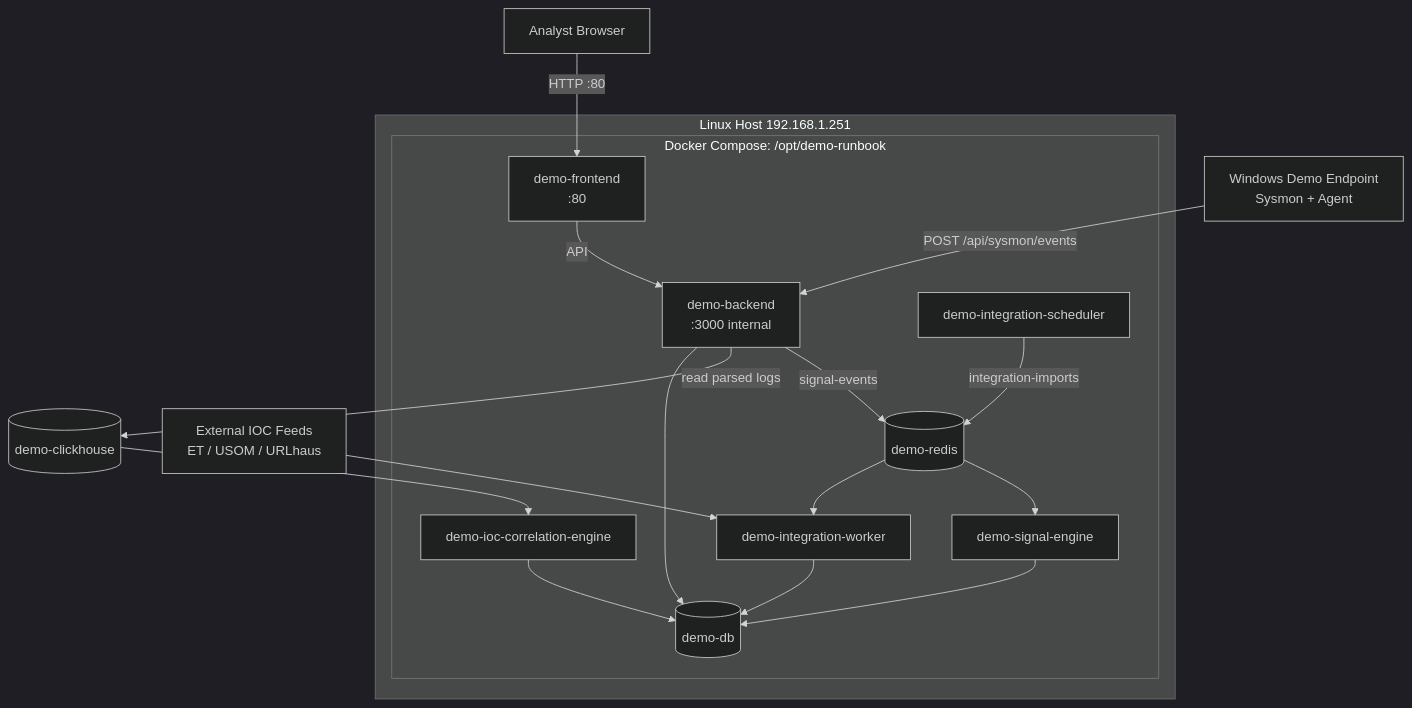
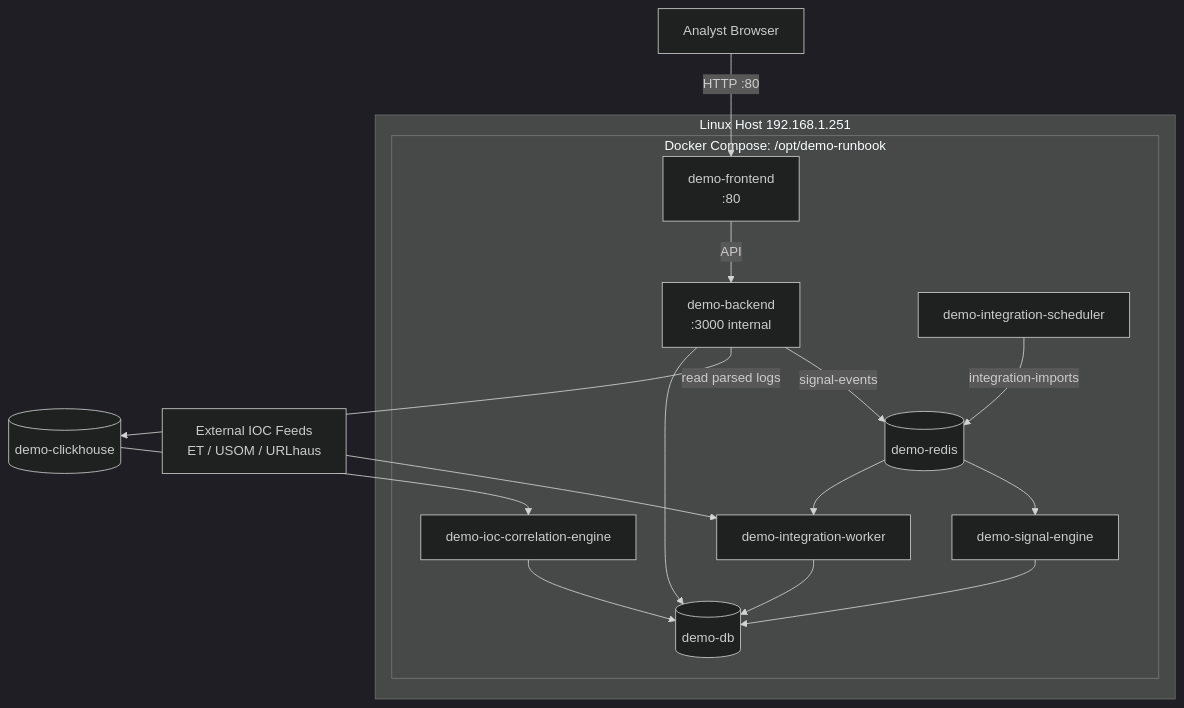
One commit to spatronn/TalonHound changed the second of 2 diagrams in docs/system-diagram.md. Above: the diagram before and after it, drawn with Mermaid (dark theme). The commit also changed other lines of this file and 4 other files, not shown here.

Commit message:
docs: remove Sysmon docs and update diagrams

````diff
--- a/docs/system-diagram.md
+++ b/docs/system-diagram.md
@@ -36,36 +34,34 @@
 ```mermaid
 flowchart TB
-    WIN[Windows Demo Endpoint\nSysmon + Agent]
     IOC[External IOC Feeds\nET / USOM / URLhaus]
 
     subgraph HOST[Linux Host 192.168.1.251]
       subgraph COMPOSE[Docker Compose: /opt/demo-runbook]
         FE[demo-frontend\n:80]
         BE[demo-backend\n:3000 internal]
         R[(demo-redis)]
         DB[(demo-db)]
         SE[demo-signal-engine]
         ICE[demo-ioc-correlation-engine]
         IS[demo-integration-scheduler]
         IW[demo-integration-worker]
       end
     end
 
     USER[Analyst Browser] -->|HTTP :80| FE
     FE -->|API| BE
-    WIN -->|POST /api/sysmon/events| BE
 
     BE -->|signal-events| R
     R --> SE
     SE --> DB
     BE -->|read parsed logs| CH[(demo-clickhouse)]
     CH --> ICE
     ICE --> DB
 
     IS -->|integration-imports| R
     R --> IW
     IOC --> IW
     IW --> DB
 
     BE --> DB
 ```
````
